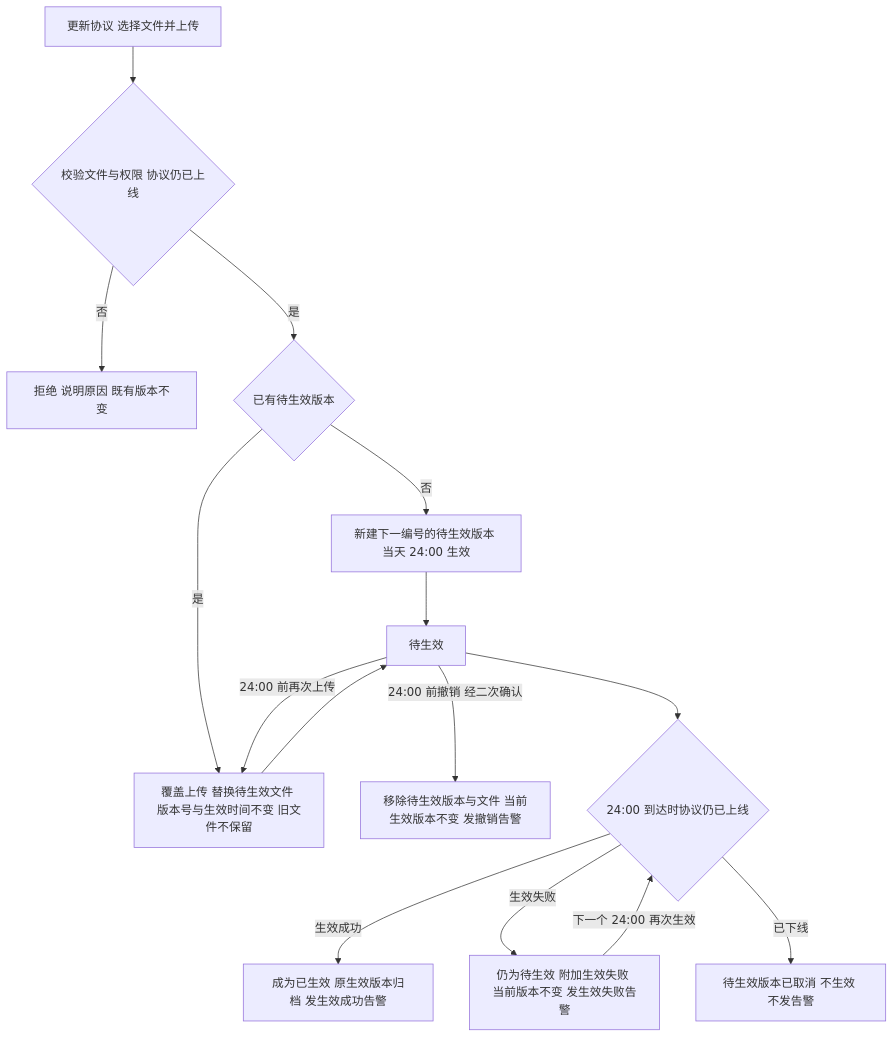
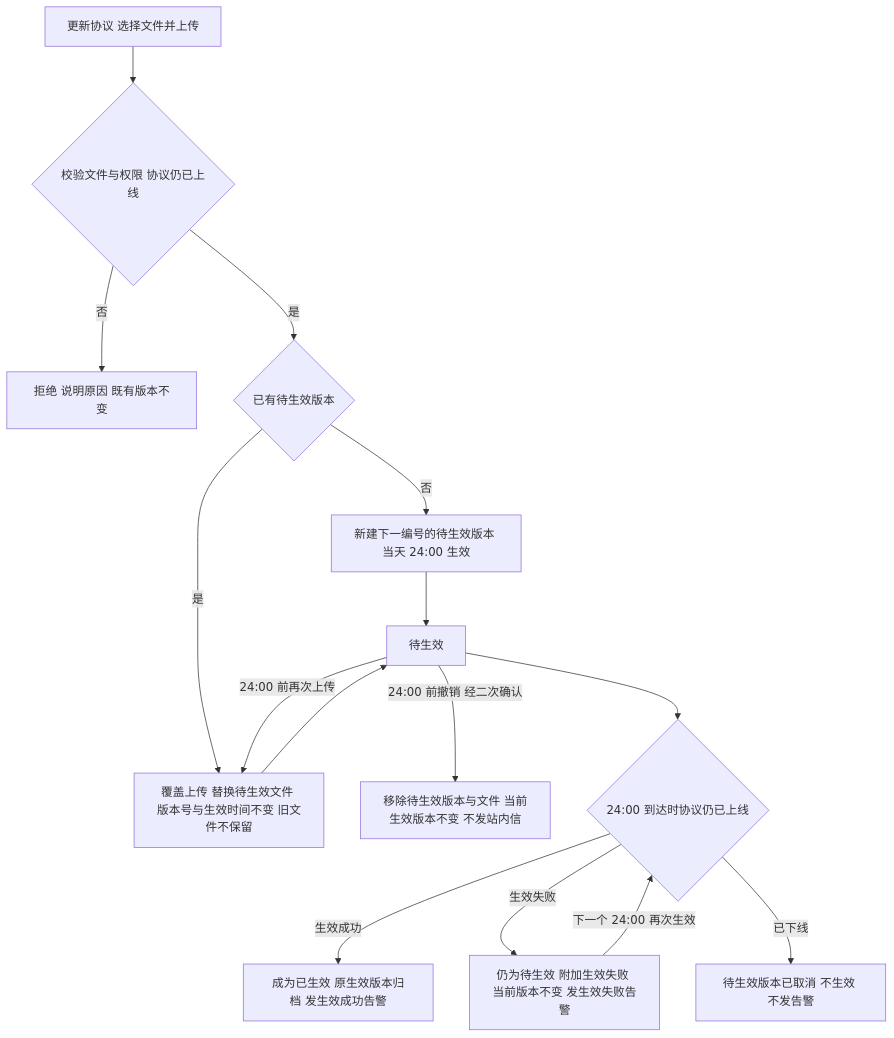
The second of 8 diagrams in lending-platform/PRD/运营端/03-运营端协议管理/02-运营端协议管理-流程图与状态机.md (wxblockchain/Chain-Financing), drawn with Mermaid before and after one commit. The commit also changed other lines of this file and 38 other files, not shown here.

````diff
--- a/lending-platform/PRD/运营端/03-运营端协议管理/02-运营端协议管理-流程图与状态机.md
+++ b/lending-platform/PRD/运营端/03-运营端协议管理/02-运营端协议管理-流程图与状态机.md
@@ -56,17 +56,17 @@
 ```mermaid
 flowchart TD
     A[更新协议 选择文件并上传] --> B{校验文件与权限 协议仍已上线}
     B -->|否| C[拒绝 说明原因 既有版本不变]
     B -->|是| D{已有待生效版本}
     D -->|否| E[新建下一编号的待生效版本 当天 24:00 生效]
     D -->|是| F[覆盖上传 替换待生效文件 版本号与生效时间不变 旧文件不保留]
     E --> G[待生效]
     F --> G
     G -->|24:00 前再次上传| F
-    G -->|24:00 前撤销 经二次确认| H[移除待生效版本与文件 当前生效版本不变 发撤销告警]
+    G -->|24:00 前撤销 经二次确认| H[移除待生效版本与文件 当前生效版本不变 不发站内信]
     G --> I{24:00 到达时协议仍已上线}
     I -->|生效成功| J[成为已生效 原生效版本归档 发生效成功告警]
     I -->|生效失败| K[仍为待生效 附加生效失败 当前版本不变 发生效失败告警]
     K -->|下一个 24:00 再次生效| I
     I -->|已下线| L[待生效版本已取消 不生效 不发告警]
 ```
````
